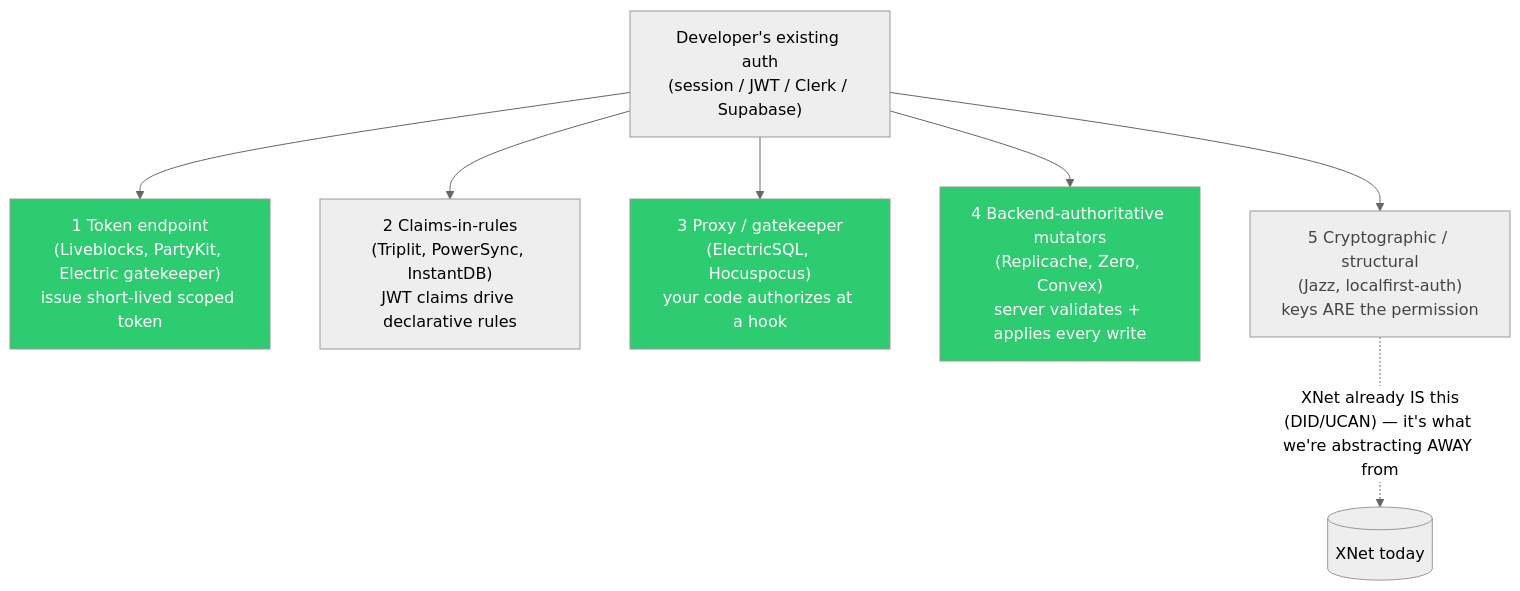
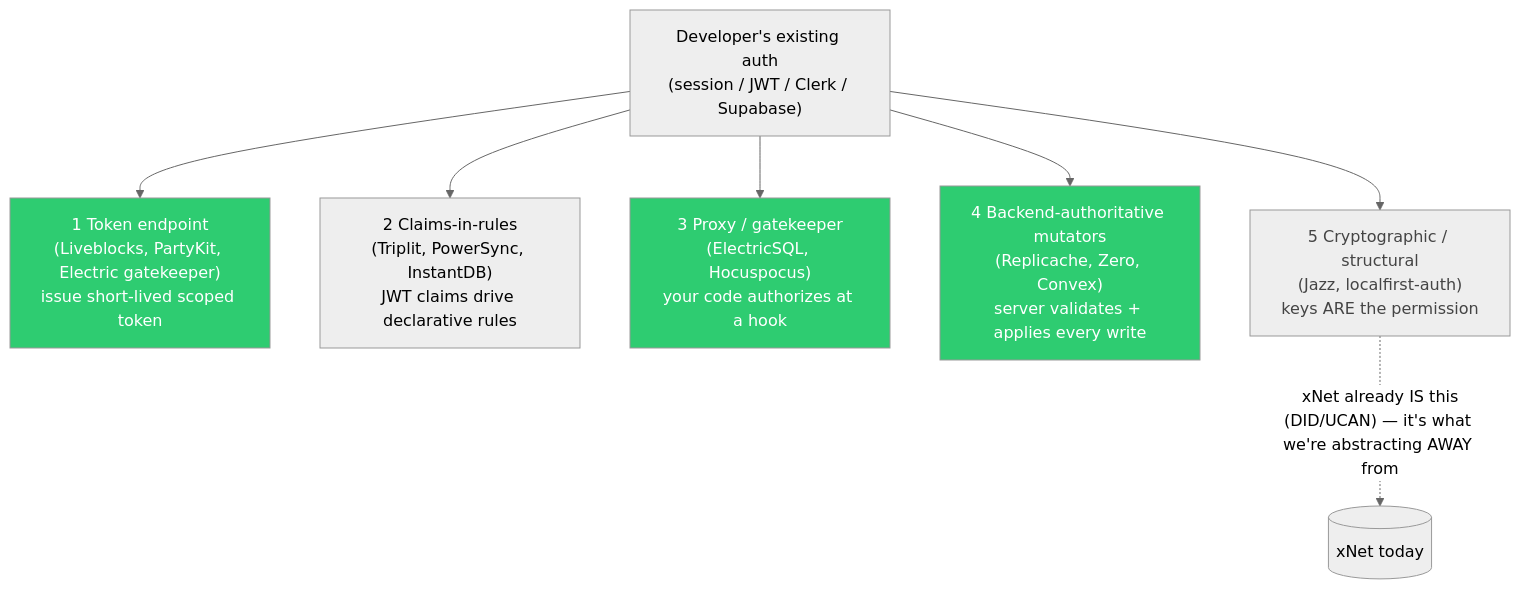
Before and after one commit to crs48/xNet: the second of 5 diagrams in docs/explorations/0223_[_]_XNET_REACT_WITH_YOUR_OWN_SERVER_AND_AUTH.md, drawn with Mermaid (neutral theme). The commit also changed other lines of this file and 32 other files, not shown here.

````diff
--- a/docs/explorations/0223_[_]_XNET_REACT_WITH_YOUR_OWN_SERVER_AND_AUTH.md
+++ b/docs/explorations/0223_[_]_XNET_REACT_WITH_YOUR_OWN_SERVER_AND_AUTH.md
@@ -321,14 +321,14 @@
 ```mermaid
 flowchart TB
   A["Developer's existing auth<br/>(session / JWT / Clerk / Supabase)"]
   A --> P1["1 Token endpoint<br/>(Liveblocks, PartyKit, Electric gatekeeper)<br/>issue short-lived scoped token"]
   A --> P2["2 Claims-in-rules<br/>(Triplit, PowerSync, InstantDB)<br/>JWT claims drive declarative rules"]
   A --> P3["3 Proxy / gatekeeper<br/>(ElectricSQL, Hocuspocus)<br/>your code authorizes at a hook"]
   A --> P4["4 Backend-authoritative mutators<br/>(Replicache, Zero, Convex)<br/>server validates + applies every write"]
   A --> P5["5 Cryptographic / structural<br/>(Jazz, localfirst-auth)<br/>keys ARE the permission"]
-  P5 -.->|"XNet already IS this<br/>(DID/UCAN) — it's what we're abstracting AWAY from"| X[("XNet today")]
+  P5 -.->|"xNet already IS this<br/>(DID/UCAN) — it's what we're abstracting AWAY from"| X[("xNet today")]
   style P5 fill:#eee,color:#444
   style P1 fill:#2ecc71,color:#fff
   style P3 fill:#2ecc71,color:#fff
   style P4 fill:#2ecc71,color:#fff
 ```
````
